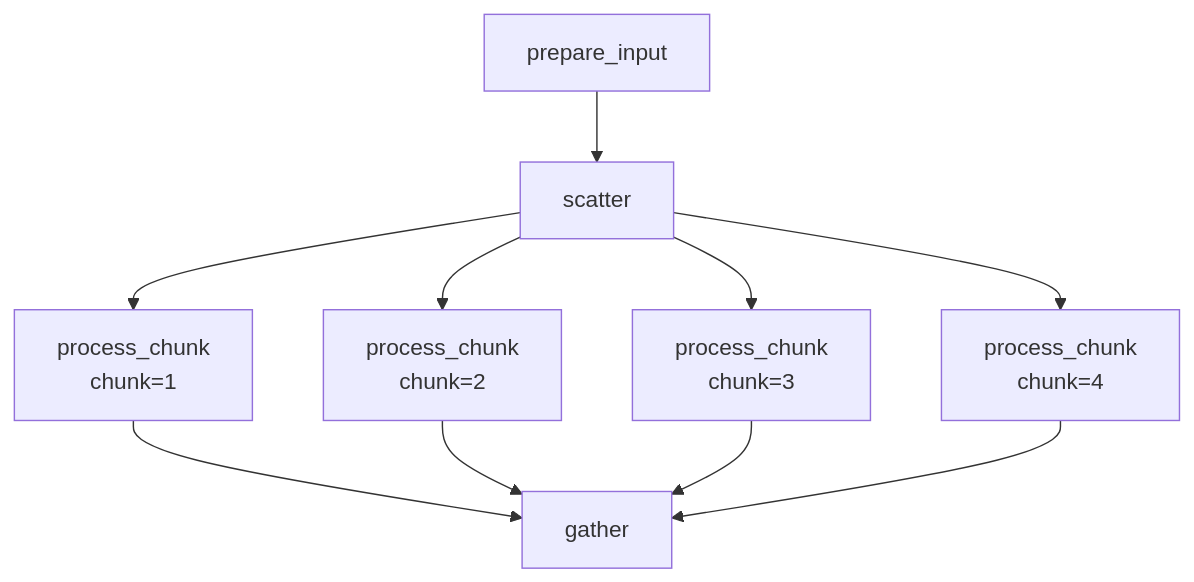
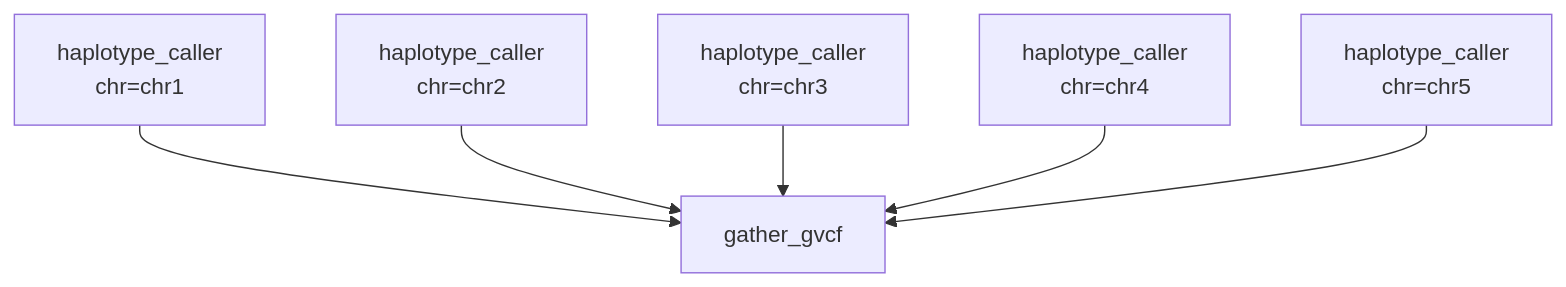
Before and after one commit to Traitome/oxo-flow: the diagram in docs/guide/src/gallery/scatter-gather.md, drawn with Mermaid. The commit also changed other lines of this file and 16 other files, not shown here.

````diff
--- a/docs/guide/src/gallery/scatter-gather.md
+++ b/docs/guide/src/gallery/scatter-gather.md
@@ -105,12 +84,8 @@
 ```mermaid
 graph TD
-    A[prepare_input] --> B[scatter]
-    B --> C1[process_chunk<br/>chunk=1]
-    B --> C2[process_chunk<br/>chunk=2]
-    B --> C3[process_chunk<br/>chunk=3]
-    B --> C4[process_chunk<br/>chunk=4]
-    C1 --> D[gather]
-    C2 --> D
-    C3 --> D
-    C4 --> D
+    A1[haplotype_caller<br/>chr=chr1] --> G[gather_gvcf]
+    A2[haplotype_caller<br/>chr=chr2] --> G
+    A3[haplotype_caller<br/>chr=chr3] --> G
+    A4[haplotype_caller<br/>chr=chr4] --> G
+    A5[haplotype_caller<br/>chr=chr5] --> G
 ```
````
